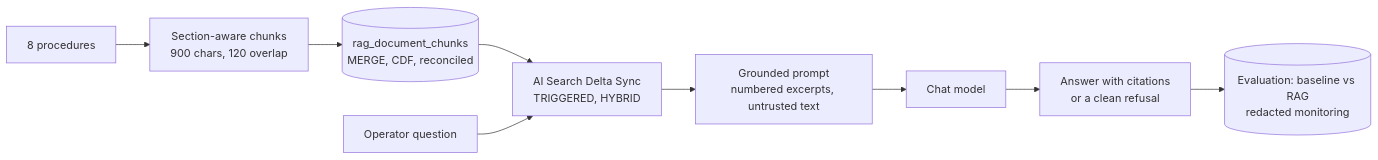
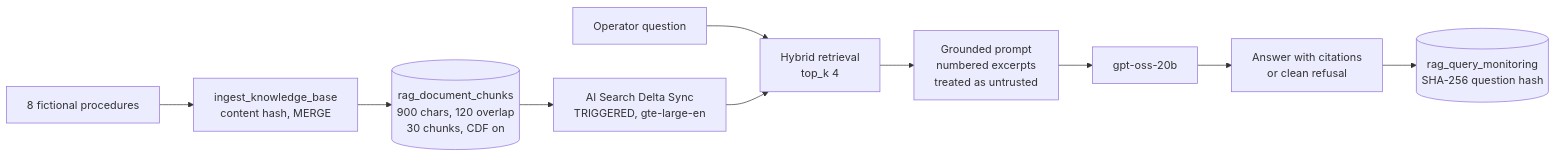
Before and after one commit to BadalovP/Databricks-Academy-Lakehouse: the eighth of 11 diagrams in final_project/README.md, drawn with Mermaid. The commit also changed other lines of this file and 20 other files, not shown here.

````diff
--- a/final_project/README.md
+++ b/final_project/README.md
@@ -139,11 +420,12 @@
 ```mermaid
 flowchart LR
-  KB[8 procedures] --> CH[Section-aware chunks<br/>900 chars, 120 overlap]
-  CH --> DT[(rag_document_chunks<br/>MERGE, CDF, reconciled)]
-  DT --> IX[AI Search Delta Sync<br/>TRIGGERED, HYBRID]
-  Q[Operator question] --> IX
-  IX --> PR[Grounded prompt<br/>numbered excerpts, untrusted text]
-  PR --> LLM[Chat model]
-  LLM --> A[Answer with citations<br/>or a clean refusal]
-  A --> EV[(Evaluation: baseline vs RAG<br/>redacted monitoring)]
+  KB[8 fictional procedures] --> ING[ingest_knowledge_base<br/>content hash, MERGE]
+  ING --> CH[(rag_document_chunks<br/>900 chars, 120 overlap<br/>30 chunks, CDF on)]
+  CH --> IDX[AI Search Delta Sync<br/>TRIGGERED, gte-large-en]
+  Q[Operator question] --> RET[Hybrid retrieval<br/>top_k 4]
+  IDX --> RET
+  RET --> PR[Grounded prompt<br/>numbered excerpts<br/>treated as untrusted]
+  PR --> LLM[gpt-oss-20b]
+  LLM --> ANS[Answer with citations<br/>or clean refusal]
+  ANS --> MON[(rag_query_monitoring<br/>SHA-256 question hash)]
 ```
````
